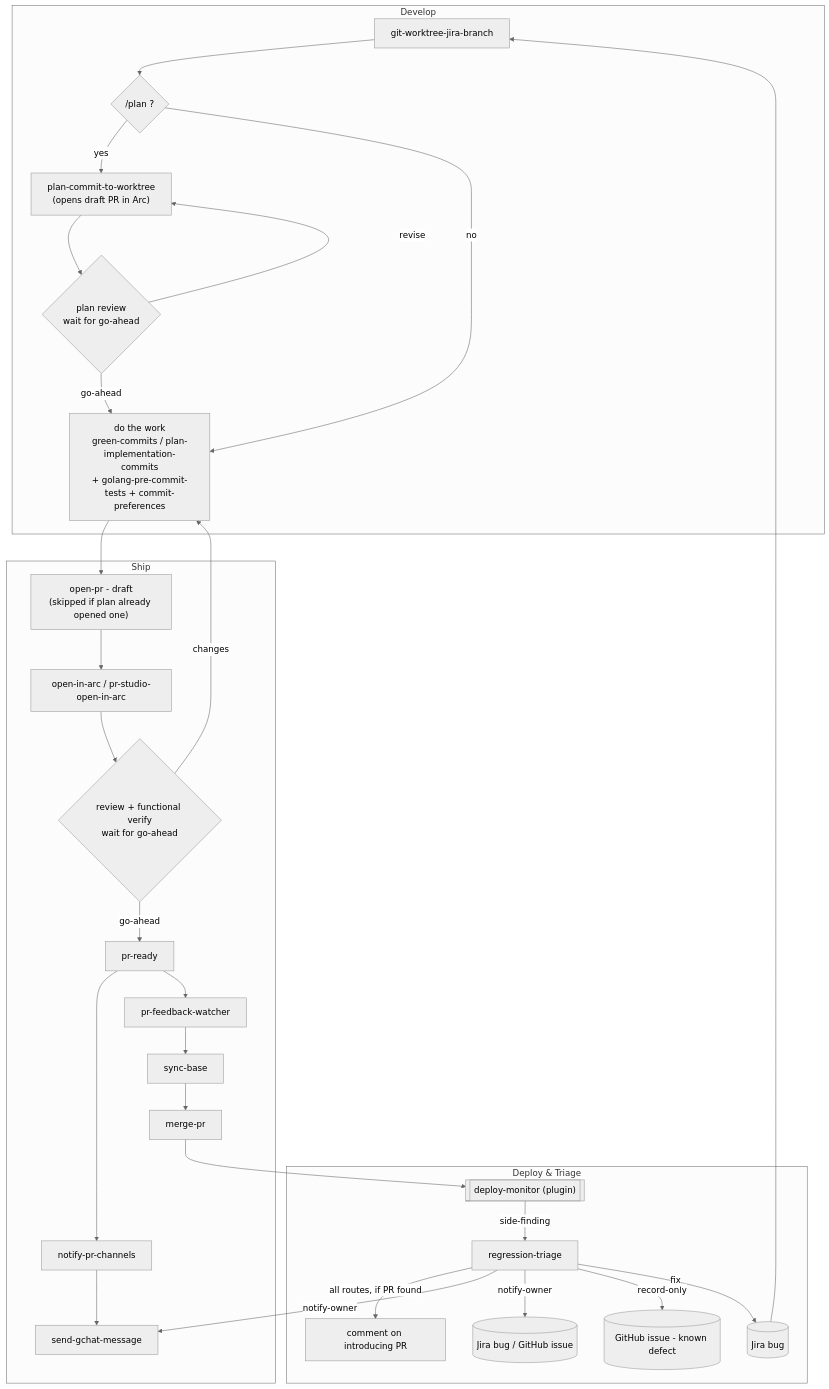
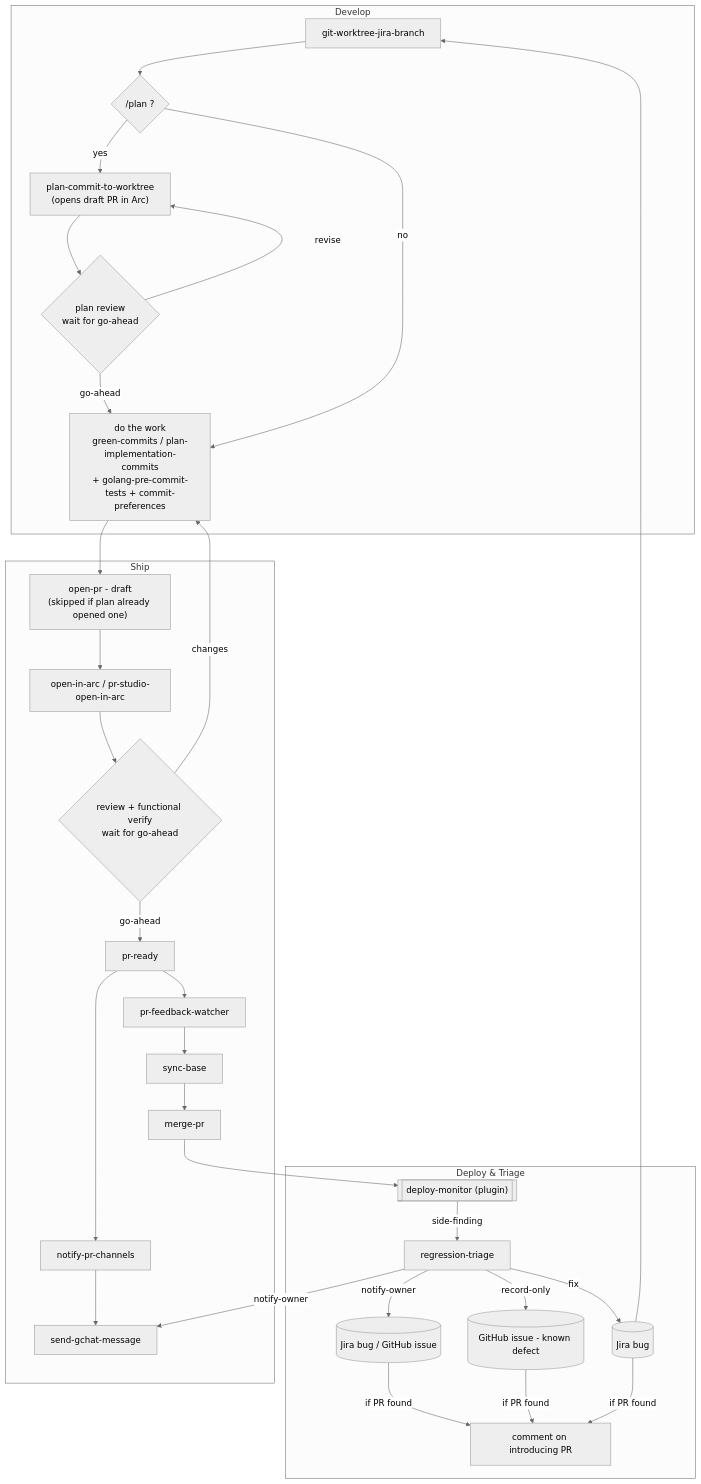
The diagram in claude/skills/README.md (benjfactor/dotfiles), drawn with Mermaid (neutral theme) before and after one commit.

Commit message:
docs(skills): hang introducing-PR comment off the tracker nodes
The comment links the Jira bug or GitHub issue each route files, so
drawing it after those nodes shows the real order and avoids a fourth
edge out of regression-triage that read like a separate route.

````diff
--- a/claude/skills/README.md
+++ b/claude/skills/README.md
@@ -31,47 +31,47 @@
 ```mermaid
 flowchart TD
     subgraph Develop
         WT[git-worktree-jira-branch]
         PLAN{"/plan ?"}
         PCW["plan-commit-to-worktree<br/>(opens draft PR in Arc)"]
         PGATE{"plan review<br/>wait for go-ahead"}
         WORK["do the work<br/>green-commits / plan-implementation-commits<br/>+ golang-pre-commit-tests + commit-preferences"]
     end
     subgraph Ship
         DRAFT["open-pr - draft<br/>(skipped if plan already opened one)"]
         ARC[open-in-arc / pr-studio-open-in-arc]
         WGATE{"review + functional verify<br/>wait for go-ahead"}
         READY[pr-ready]
         NOTIFY[notify-pr-channels]
         GCHAT[send-gchat-message]
         FB[pr-feedback-watcher]
         SYNC[sync-base]
         MERGE[merge-pr]
     end
     subgraph DeployTriage["Deploy & Triage"]
         DM[["deploy-monitor (plugin)"]]
         RT[regression-triage]
         JIRA[(Jira bug)]
         TRACKER[(Jira bug / GitHub issue)]
         KNOWN[(GitHub issue - known defect)]
         PRC[comment on introducing PR]
     end
 
     WT --> PLAN
     PLAN -- yes --> PCW --> PGATE
     PGATE -- go-ahead --> WORK
     PGATE -- revise --> PCW
     PLAN -- no --> WORK
     WORK --> DRAFT --> ARC --> WGATE
     WGATE -- go-ahead --> READY
     WGATE -- changes --> WORK
     READY --> NOTIFY --> GCHAT
     READY --> FB
     FB --> SYNC --> MERGE --> DM
     DM -- side-finding --> RT
-    RT -- all routes, if PR found --> PRC
     RT -- notify-owner --> GCHAT
     RT -- notify-owner --> TRACKER
     RT -- record-only --> KNOWN
     RT -- fix --> JIRA --> WT
+    JIRA & TRACKER & KNOWN -- if PR found --> PRC
 ```
````
